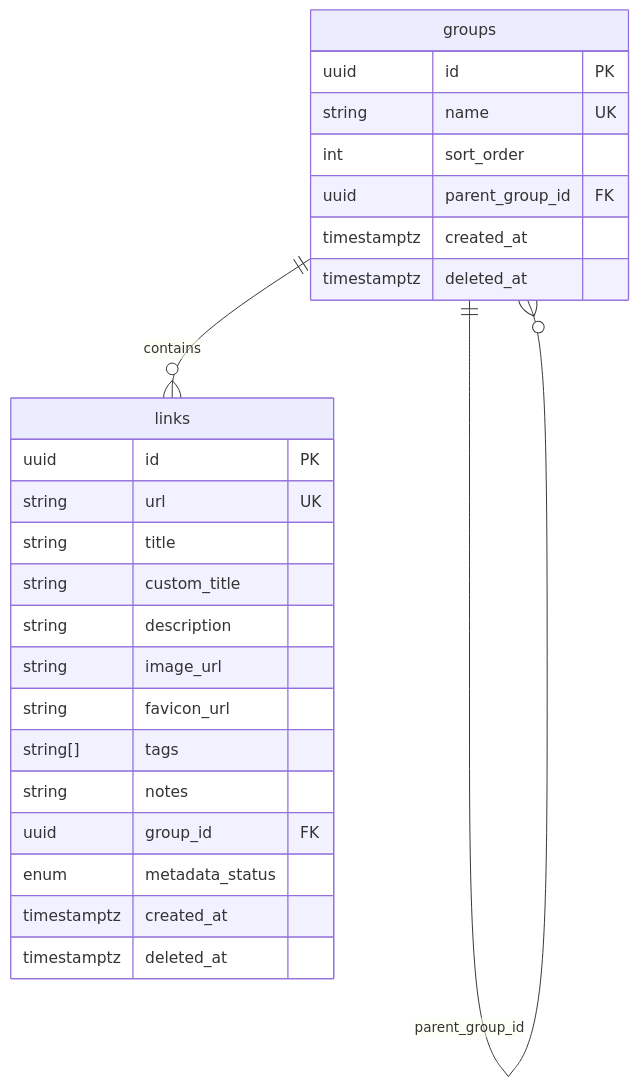
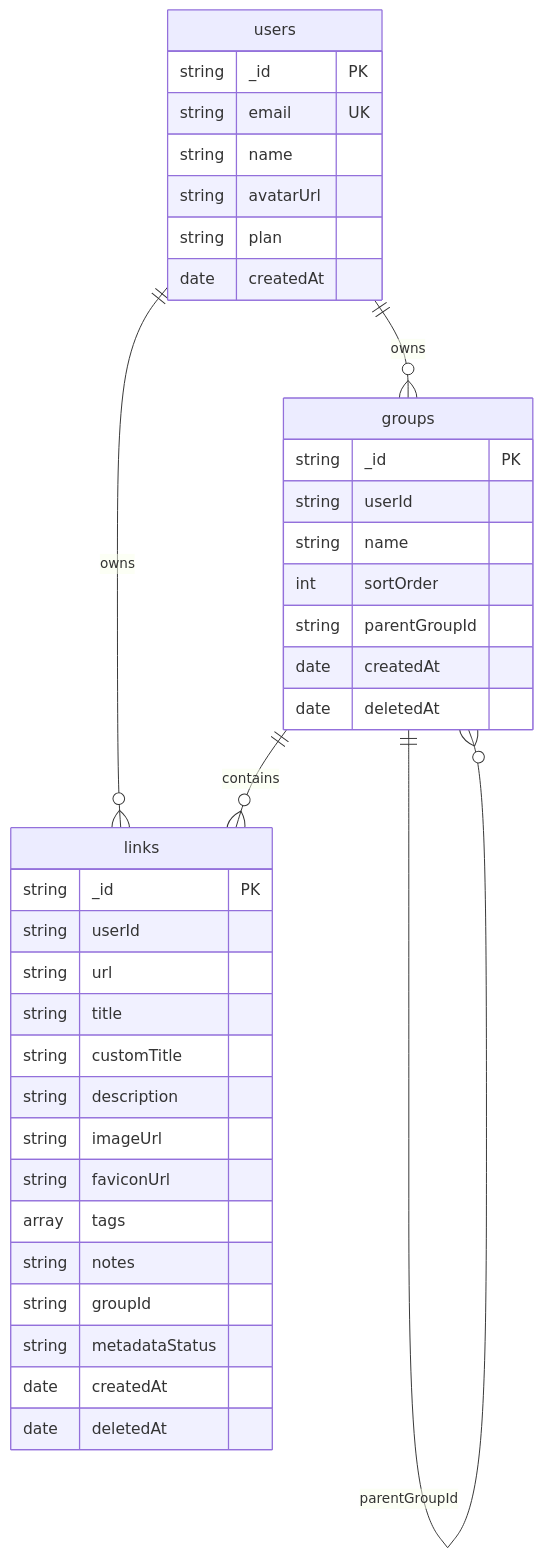
One commit to ayushsoni04/memory404 changed the diagram in docs/database/schema.mdx. Above: the diagram before and after it, drawn with Mermaid. The commit also changed other lines of this file and 44 other files, not shown here.

````diff
--- a/docs/database/schema.mdx
+++ b/docs/database/schema.mdx
@@ -11,30 +11,43 @@
 ```mermaid
 erDiagram
+    users ||--o{ groups : owns
+    users ||--o{ links : owns
     groups ||--o{ links : contains
-    groups ||--o{ groups : "parent_group_id"
+    groups ||--o{ groups : parentGroupId
+
+    users {
+        string _id PK
+        string email UK
+        string name
+        string avatarUrl
+        string plan
+        date createdAt
+    }
 
     groups {
-        uuid id PK
-        string name UK
-        int sort_order
-        uuid parent_group_id FK
-        timestamptz created_at
-        timestamptz deleted_at
+        string _id PK
+        string userId
+        string name
+        int sortOrder
+        string parentGroupId
+        date createdAt
+        date deletedAt
     }
 
     links {
-        uuid id PK
-        string url UK
+        string _id PK
+        string userId
+        string url
         string title
-        string custom_title
+        string customTitle
         string description
-        string image_url
-        string favicon_url
-        string[] tags
+        string imageUrl
+        string faviconUrl
+        array tags
         string notes
-        uuid group_id FK
-        enum metadata_status
-        timestamptz created_at
-        timestamptz deleted_at
+        string groupId
+        string metadataStatus
+        date createdAt
+        date deletedAt
     }
 ```
````
